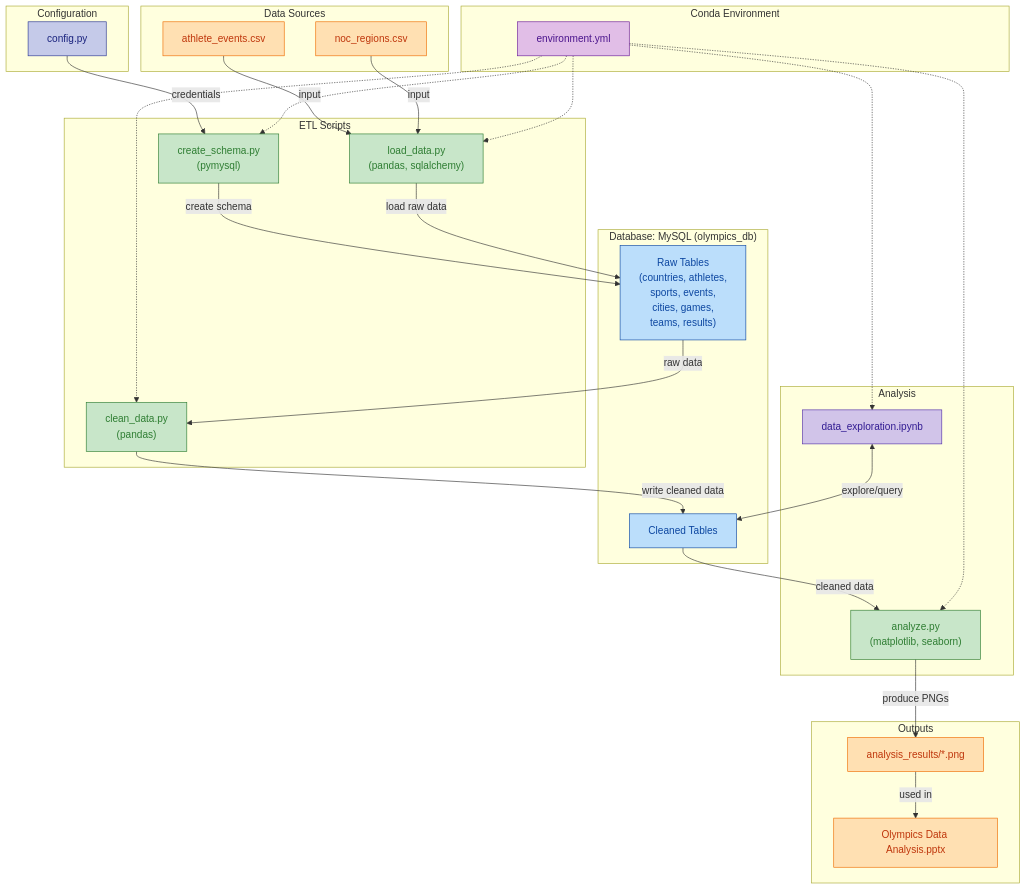
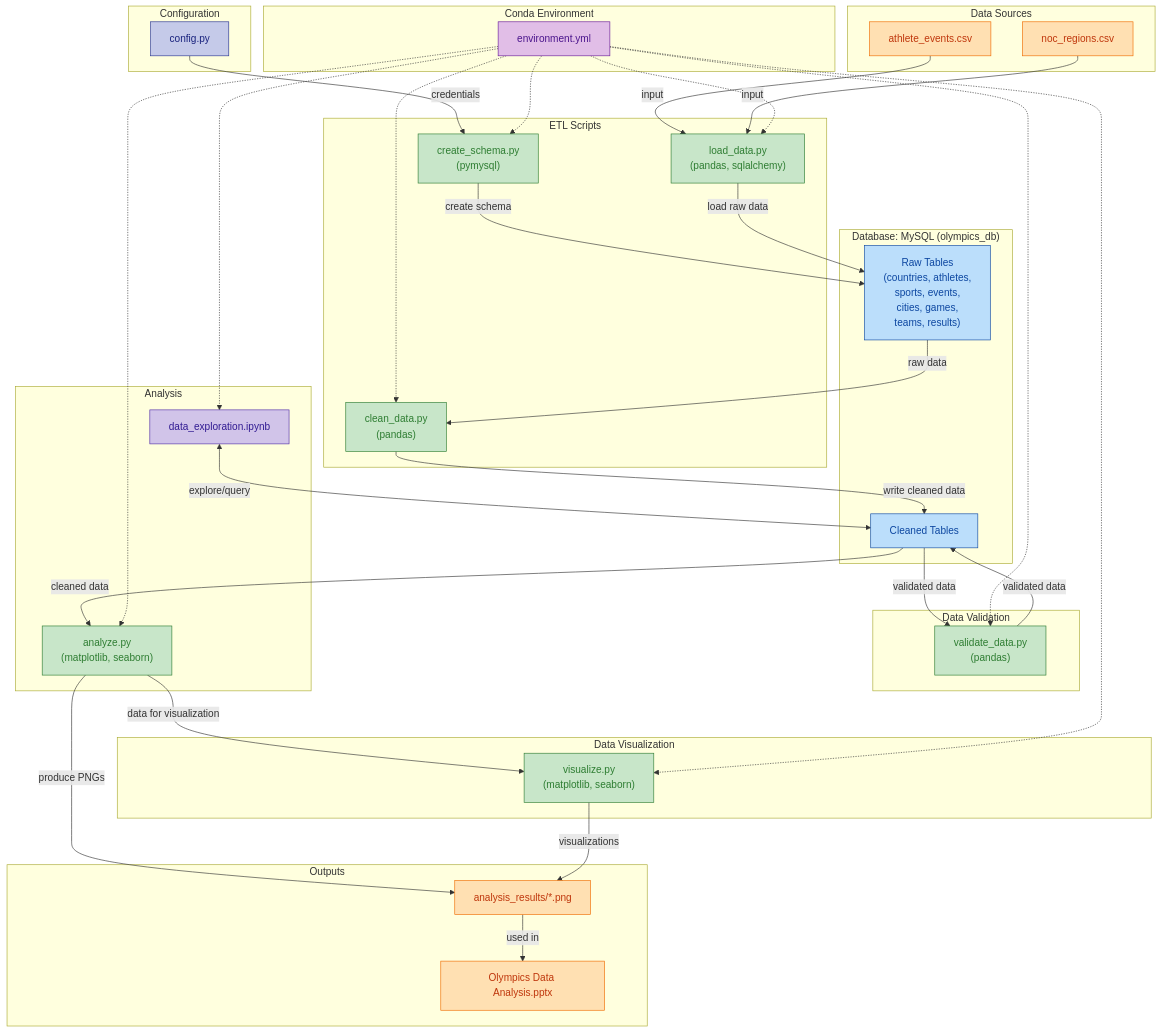
Before and after one commit to ahmed-abdelwahed1/Olympics-Data-Analysis: the first of 2 diagrams in README.md, drawn with Mermaid.

Commit message:
Update README file

```diff
--- a/README.md
+++ b/README.md
@@ -147,10 +147,20 @@
         CD["clean_data.py\n(pandas)"]:::script
     end
 
+    %% Data Validation
+    subgraph "Data Validation"
+        DV["validate_data.py\n(pandas)"]:::script
+    end
+
     %% Analysis & Notebook
     subgraph "Analysis"
         AN["analyze.py\n(matplotlib, seaborn)"]:::script
         NB["data_exploration.ipynb"]:::notebook
+    end
+
+    %% Data Visualization
+    subgraph "Data Visualization"
+        DViz["visualize.py\n(matplotlib, seaborn)"]:::script
     end
 
     %% Outputs
@@ -167,16 +177,22 @@
     LD -->|load raw data| DBraw
     DBraw -->|raw data| CD
     CD -->|write cleaned data| DBclean
+    DBclean -->|validated data| DV
+    DV -->|validated data| DBclean
     DBclean -->|cleaned data| AN
     AN -->|produce PNGs| AR
     AR -->|used in| PPT
     NB <-->|explore/query| DBclean
+    AN -->|data for visualization| DViz
+    DViz -->|visualizations| AR
 
     %% Environment dependencies
     Env -.-> CS
     Env -.-> LD
     Env -.-> CD
+    Env -.-> DV
     Env -.-> AN
+    Env -.-> DViz
     Env -.-> NB
 
     %% Click Events
@@ -187,7 +203,9 @@
     click CS "https://github.com/ahmed-abdelwahed1/olympics-data-analysis/blob/main/scripts/create_schema.py"
     click LD "https://github.com/ahmed-abdelwahed1/olympics-data-analysis/blob/main/scripts/load_data.py"
     click CD "https://github.com/ahmed-abdelwahed1/olympics-data-analysis/blob/main/scripts/clean_data.py"
+    click DV "https://github.com/ahmed-abdelwahed1/olympics-data-analysis/blob/main/scripts/validate_data.py"
     click AN "https://github.com/ahmed-abdelwahed1/olympics-data-analysis/blob/main/scripts/analyze.py"
+    click DViz "https://github.com/ahmed-abdelwahed1/olympics-data-analysis/blob/main/scripts/visualize.py"
     click NB "https://github.com/ahmed-abdelwahed1/olympics-data-analysis/blob/main/notebooks/data_exploration.ipynb"
     click AR "https://github.com/ahmed-abdelwahed1/olympics-data-analysis/tree/main/analysis_results/"
     click PPT "https://github.com/ahmed-abdelwahed1/olympics-data-analysis/blob/main/presentation/Olympics Data Analysis.pptx"
```
